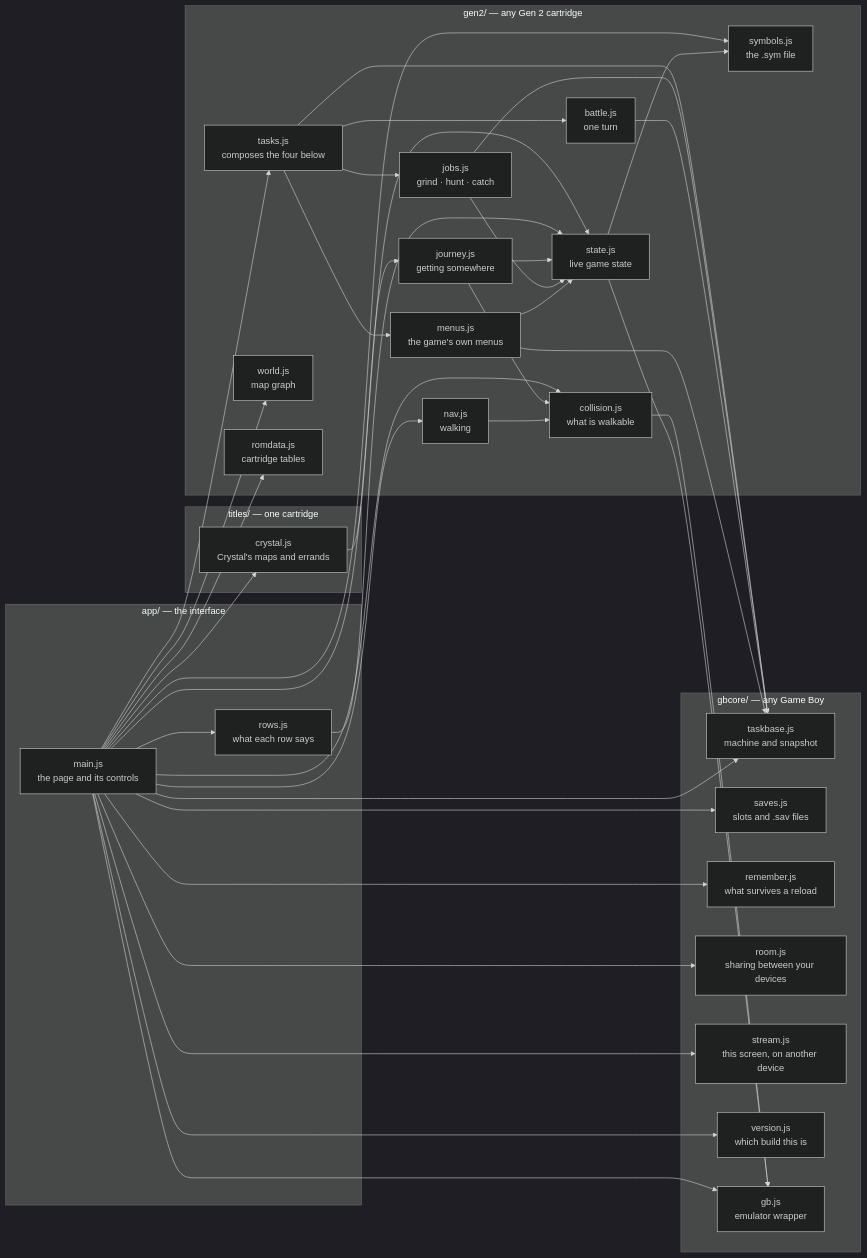
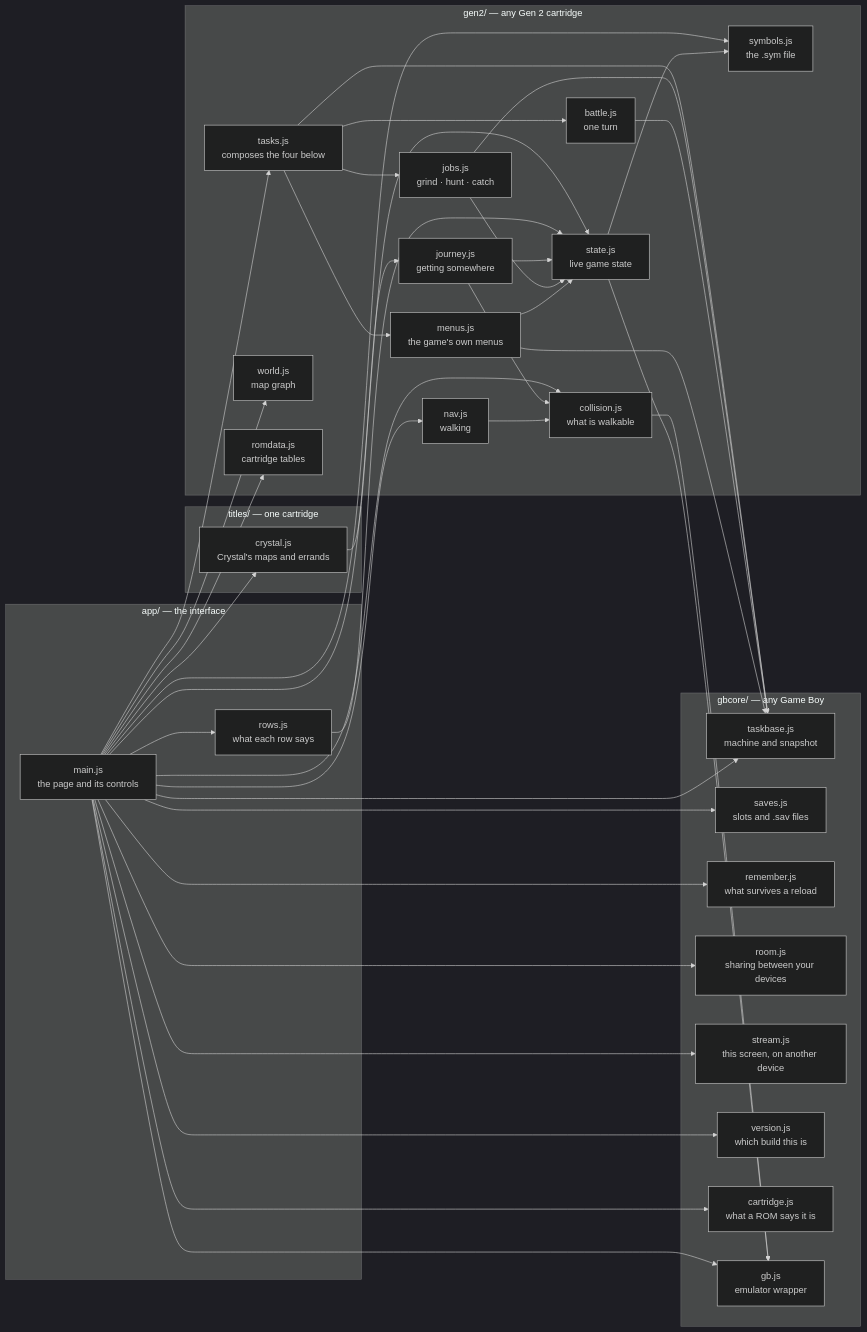
The second of 21 diagrams in docs/CODE.md (minormending/crystal-pilot-mobile), drawn with Mermaid (dark theme) before and after one commit. The commit also changed other lines of this file and 7 other files, not shown here.

````diff
--- a/docs/CODE.md
+++ b/docs/CODE.md
@@ -162,66 +162,68 @@
 ```mermaid
 flowchart LR
     subgraph app["app/ — the interface"]
         main["main.js<br/>the page and its controls"]
         rows["rows.js<br/>what each row says"]
     end
     subgraph titles["titles/ — one cartridge"]
         title["crystal.js<br/>Crystal's maps and errands"]
     end
     subgraph gen2["gen2/ — any Gen 2 cartridge"]
         tasks["tasks.js<br/>composes the four below"]
         jour["journey.js<br/>getting somewhere"]
         jobs["jobs.js<br/>grind · hunt · catch"]
         btl["battle.js<br/>one turn"]
         menus["menus.js<br/>the game's own menus"]
         nav["nav.js<br/>walking"]
         world["world.js<br/>map graph"]
         coll["collision.js<br/>what is walkable"]
         state["state.js<br/>live game state"]
         rom["romdata.js<br/>cartridge tables"]
         sym["symbols.js<br/>the .sym file"]
     end
     subgraph gbcore["gbcore/ — any Game Boy"]
         tbase["taskbase.js<br/>machine and snapshot"]
         saves["saves.js<br/>slots and .sav files"]
         rem["remember.js<br/>what survives a reload"]
         room["room.js<br/>sharing between your devices"]
         stream["stream.js<br/>this screen, on another device"]
         ver["version.js<br/>which build this is"]
+        cart["cartridge.js<br/>what a ROM says it is"]
         gb["gb.js<br/>emulator wrapper"]
     end
 
     main --> title
     main --> rows
     main --> tasks
     main --> nav
     main --> world
     main --> coll
     main --> state
     main --> rom
     main --> sym
     main --> gb
+    main --> cart
     main --> saves
     main --> rem
     main --> room
     main --> stream
     main --> ver
     main --> tbase
     rows --> state
     title --> jour
     jour --> coll
     jour --> state
     tasks --> jobs
     tasks --> btl
     tasks --> menus
     tasks --> tbase
     jobs --> state
     jobs --> tbase
     btl --> tbase
     menus --> state
     menus --> tbase
     nav --> coll
     coll --> gb
     state --> gb
     state --> sym
 ```
````
